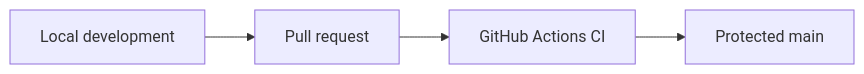
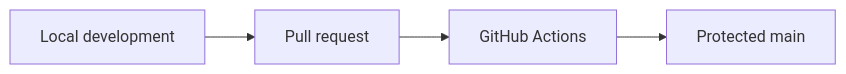
The first of 4 diagrams in docs/delivery/ENVIRONMENT_STRATEGY.md (kumarchandansingh/tropos), drawn with Mermaid before and after one commit. The commit also changed other lines of this file and 13 other files, not shown here.

````diff
--- a/docs/delivery/ENVIRONMENT_STRATEGY.md
+++ b/docs/delivery/ENVIRONMENT_STRATEGY.md
@@ -11,7 +9,7 @@
 ```mermaid
 flowchart LR
     Local[Local development]
     --> PR[Pull request]
-    --> CI[GitHub Actions CI]
+    --> CI[GitHub Actions]
     --> Main[Protected main]
 ```
````
